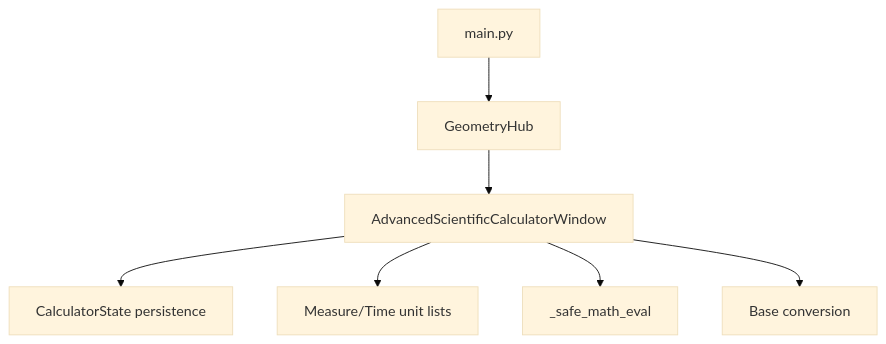
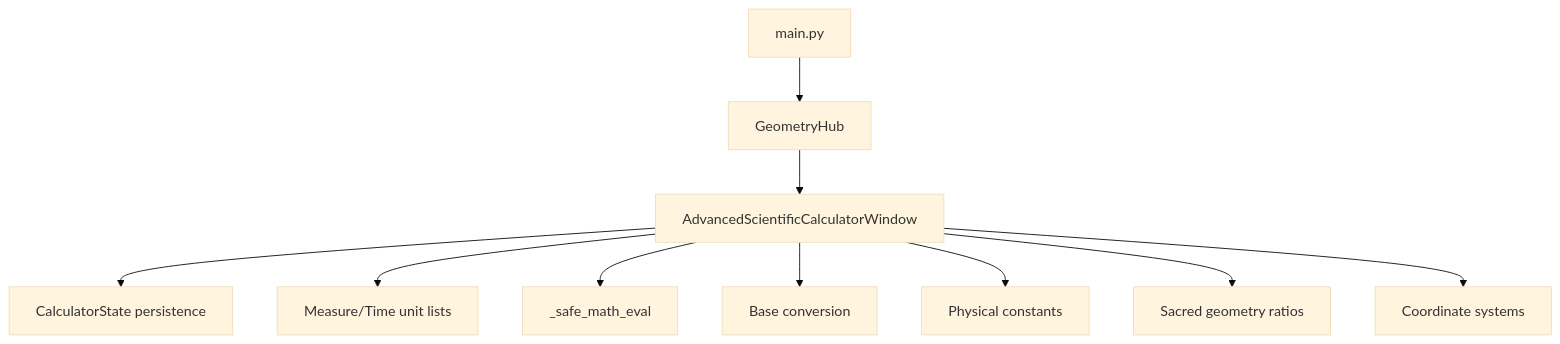
The sixth of 6 diagrams in .qoder/repowiki/en/content/Architecture Overview/Pillar-Based Architecture/Geometry Pillar/Advanced Scientific Calculator.md (TheDaniel166/IsopGem), drawn with Mermaid (base theme) before and after one commit. The commit also changed other lines of this file and 44 other files, not shown here.

````diff
--- a/.qoder/repowiki/en/content/Architecture Overview/Pillar-Based Architecture/Geometry Pillar/Advanced Scientific Calculator.md
+++ b/.qoder/repowiki/en/content/Architecture Overview/Pillar-Based Architecture/Geometry Pillar/Advanced Scientific Calculator.md
@@ -270,9 +344,12 @@
 ```mermaid
 graph TB
 Calc["AdvancedScientificCalculatorWindow"] --> Persist["CalculatorState persistence"]
 Calc --> Units["Measure/Time unit lists"]
 Calc --> Eval["_safe_math_eval"]
 Calc --> Base["Base conversion"]
+Calc --> Constants["Physical constants"]
+Calc --> Sacred["Sacred geometry ratios"]
+Calc --> Coordinates["Coordinate systems"]
 Hub["GeometryHub"] --> Calc
 App["main.py"] --> Hub
 ```
````
